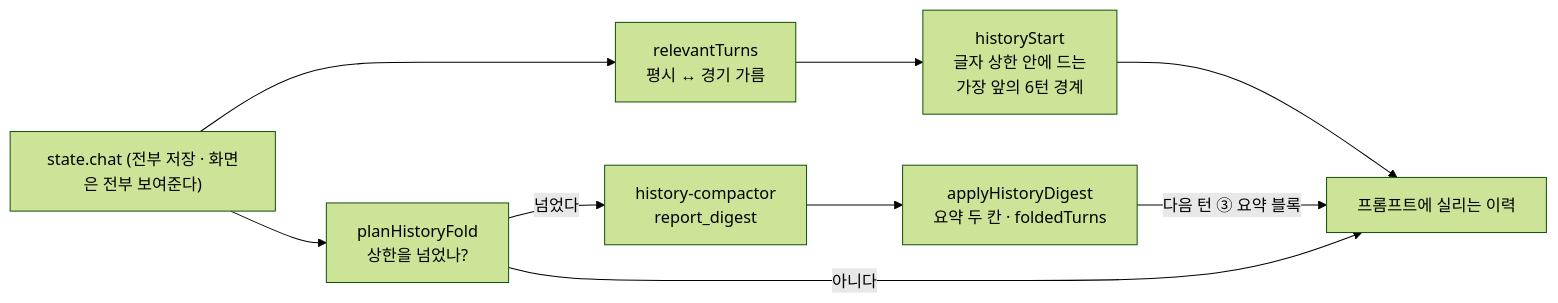
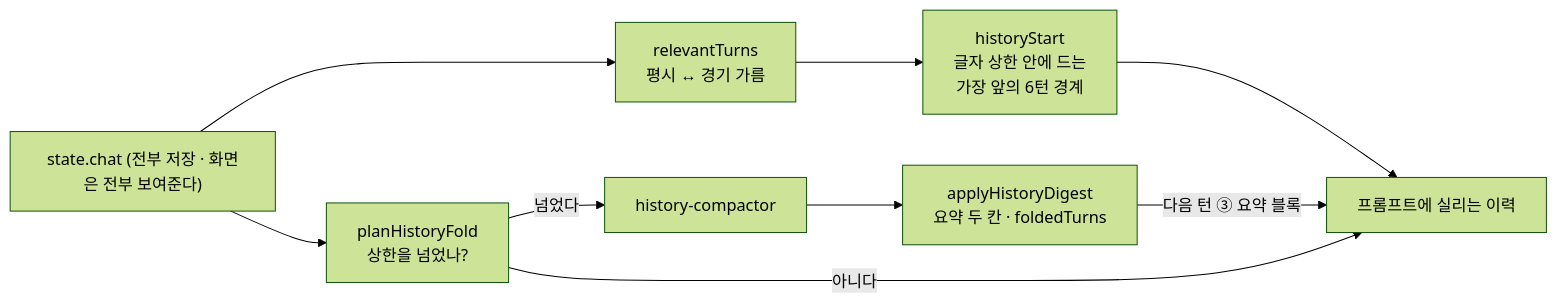
One commit to dhoonjang/story-fm changed the fourth of 10 diagrams in docs/llm/pipeline.md. Above: the diagram before and after it, drawn with Mermaid (forest theme). The commit also changed other lines of this file and 50 other files, not shown here.

````diff
--- a/docs/llm/pipeline.md
+++ b/docs/llm/pipeline.md
@@ -148,13 +148,13 @@
 ```mermaid
 flowchart LR
   A["state.chat (전부 저장 · 화면은 전부 보여준다)"]
   B["relevantTurns<br/>평시 ↔ 경기 가름"]
   C["historyStart<br/>글자 상한 안에 드는<br/>가장 앞의 6턴 경계"]
   D["프롬프트에 실리는 이력"]
   E["planHistoryFold<br/>상한을 넘었나?"]
-  F["history-compactor<br/>report_digest"]
+  F["history-compactor"]
   G["applyHistoryDigest<br/>요약 두 칸 · foldedTurns"]
   A --> B --> C --> D
   A --> E -->|넘었다| F --> G -->|다음 턴 ③ 요약 블록| D
   E -->|아니다| D
 ```
````
